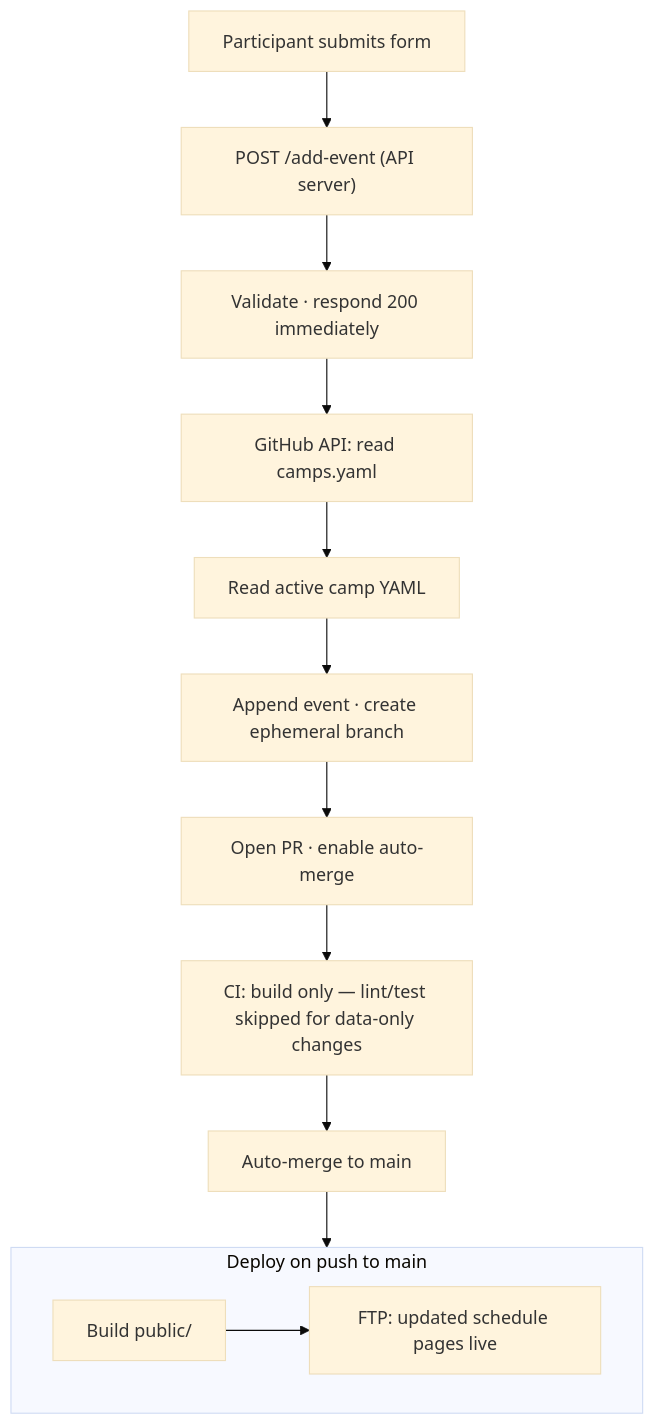
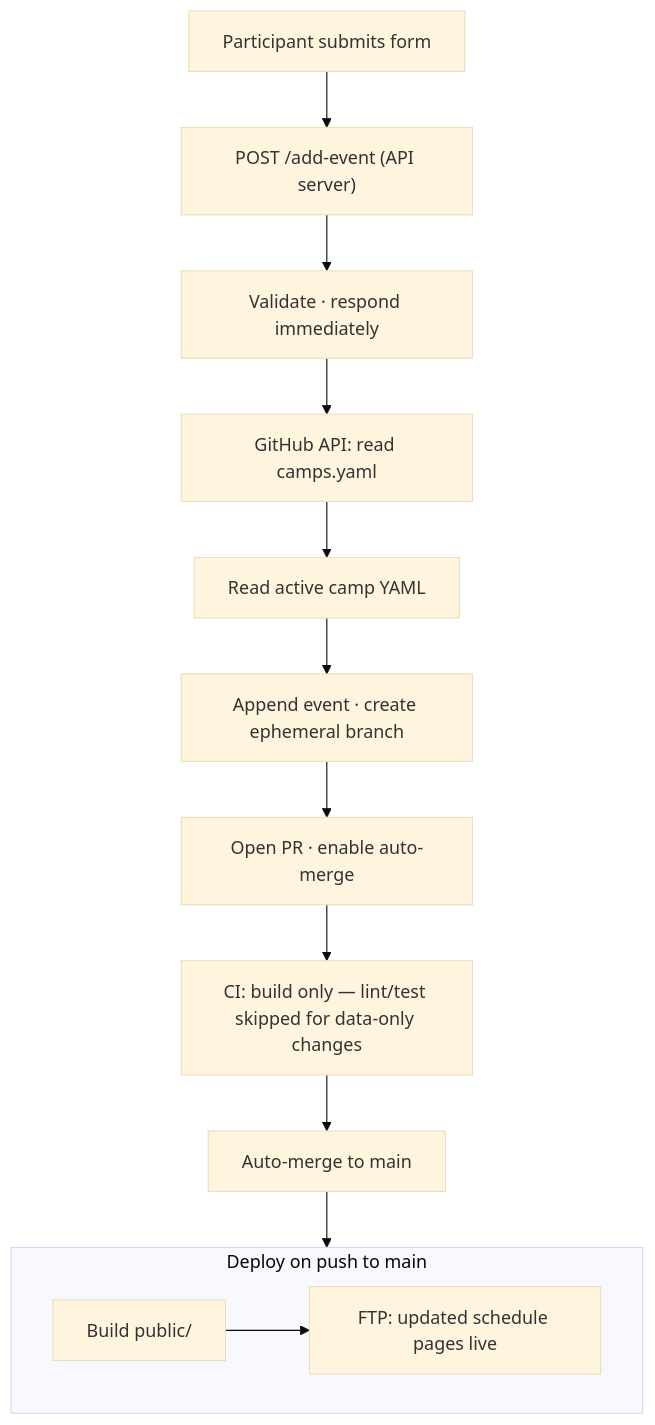
One commit to moggleif/sbsommar changed the diagram in docs/02-ARCHITECTURE.md. Above: the diagram before and after it, drawn with Mermaid (base theme). The commit also changed other lines of this file and 6 other files, not shown here.

````diff
--- a/docs/02-ARCHITECTURE.md
+++ b/docs/02-ARCHITECTURE.md
@@ -82,16 +82,16 @@
 ```mermaid
 flowchart TD
     A[Participant submits form] --> B["POST /add-event (API server)"]
-    B --> C[Validate · respond 200 immediately]
+    B --> C[Validate · respond immediately]
     C --> D[GitHub API: read camps.yaml]
     D --> E[Read active camp YAML]
     E --> F[Append event · create ephemeral branch]
     F --> G[Open PR · enable auto-merge]
     G --> H[CI: build only — lint/test skipped for data-only changes]
     H --> I[Auto-merge to main]
     I --> J
 
     subgraph J [Deploy on push to main]
         K[Build public/] --> L[FTP: updated schedule pages live]
     end
 ```
````
